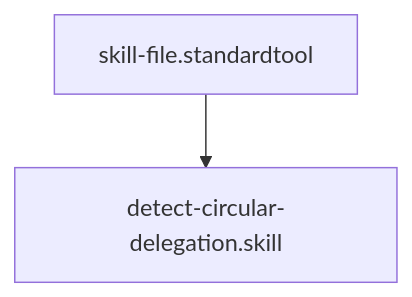
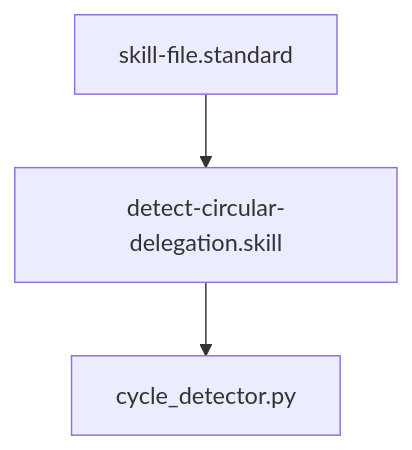
One commit to Gizmo4Life/ai-kernel changed the diagram in skills/detect-circular-delegation.skill.md. Above: the diagram before and after it, drawn with Mermaid. The commit also changed other lines of this file and 18 other files, not shown here.

````diff
--- a/skills/detect-circular-delegation.skill.md
+++ b/skills/detect-circular-delegation.skill.md
@@ -27,4 +23,5 @@
 ```mermaid
 graph TD
-    skill-file.standardtool --> detect-circular-delegation.skill
+    skill-file.standard --> detect-circular-delegation.skill
+    detect-circular-delegation.skill --> cycle_detector[cycle_detector.py]
 ```
````
